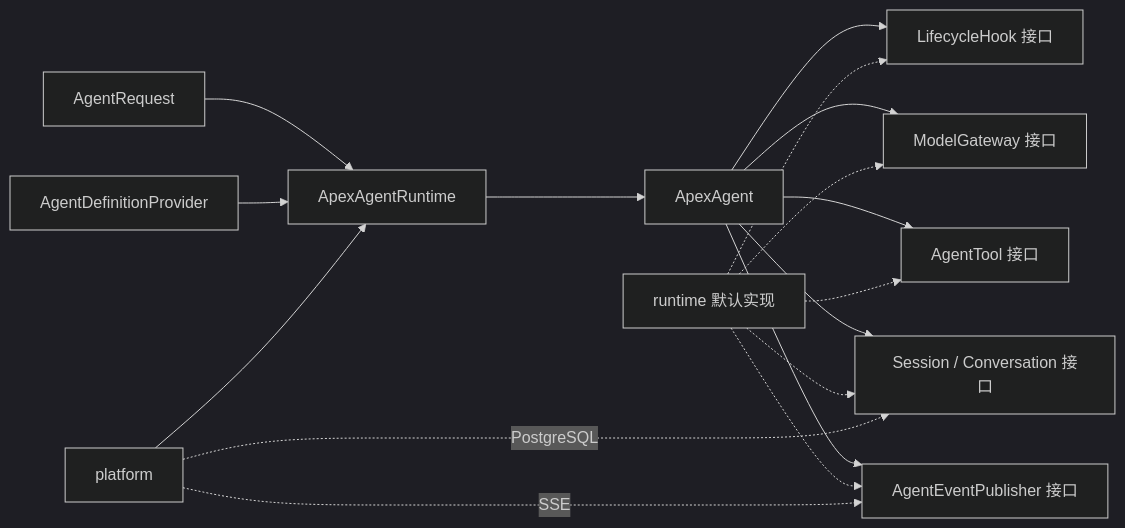
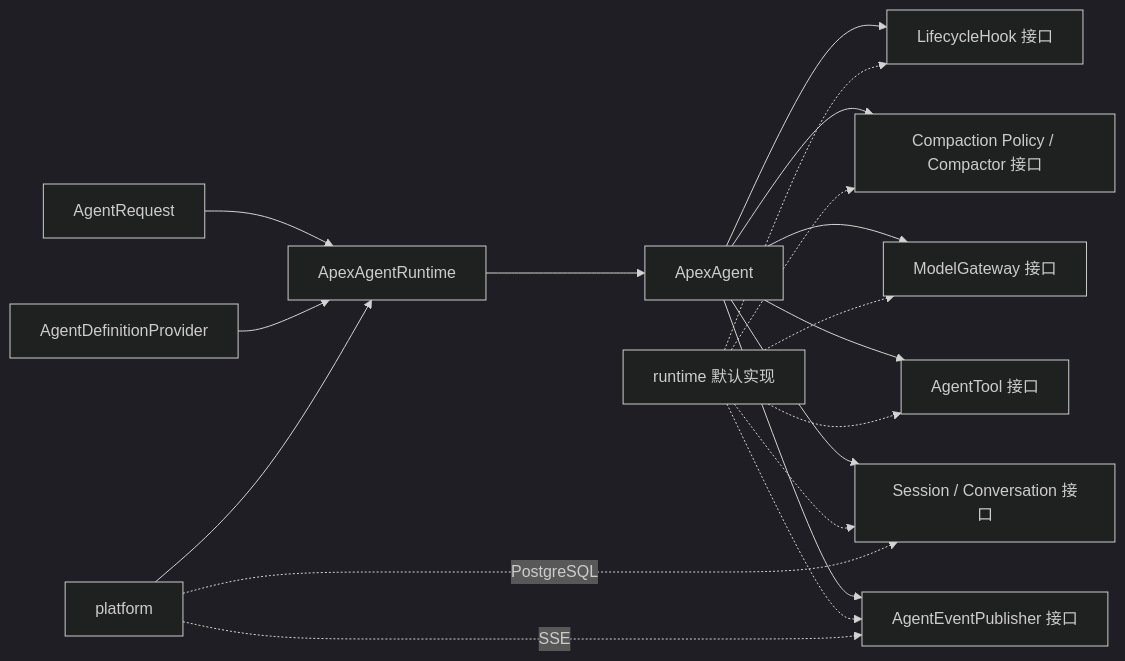
The fourth of 4 diagrams in docs/refact/specs/2026-07-28-apex-agent-backend-refactoring-design.md (gemo12123/apex-agent), drawn with Mermaid (dark theme) before and after one commit. The commit also changed other lines of this file and 1 other file, not shown here.

````diff
--- a/docs/refact/specs/2026-07-28-apex-agent-backend-refactoring-design.md
+++ b/docs/refact/specs/2026-07-28-apex-agent-backend-refactoring-design.md
@@ -1790,21 +1964,23 @@
 ```mermaid
 flowchart LR
     Request["AgentRequest"] --> Runtime["ApexAgentRuntime"]
     Definition["AgentDefinitionProvider"] --> Runtime
     Runtime --> Agent["ApexAgent"]
     Agent --> Hooks["LifecycleHook 接口"]
+    Agent --> Compaction["Compaction Policy / Compactor 接口"]
     Agent --> Model["ModelGateway 接口"]
     Agent --> Tools["AgentTool 接口"]
     Agent --> Stores["Session / Conversation 接口"]
     Agent --> Events["AgentEventPublisher 接口"]
 
     RuntimeImpl["runtime 默认实现"] -.-> Hooks
+    RuntimeImpl -.-> Compaction
     RuntimeImpl -.-> Model
     RuntimeImpl -.-> Tools
     RuntimeImpl -.-> Stores
     RuntimeImpl -.-> Events
 
     Platform["platform"] --> Runtime
     Platform -. "SSE" .-> Events
     Platform -. "PostgreSQL" .-> Stores
 ```
````
